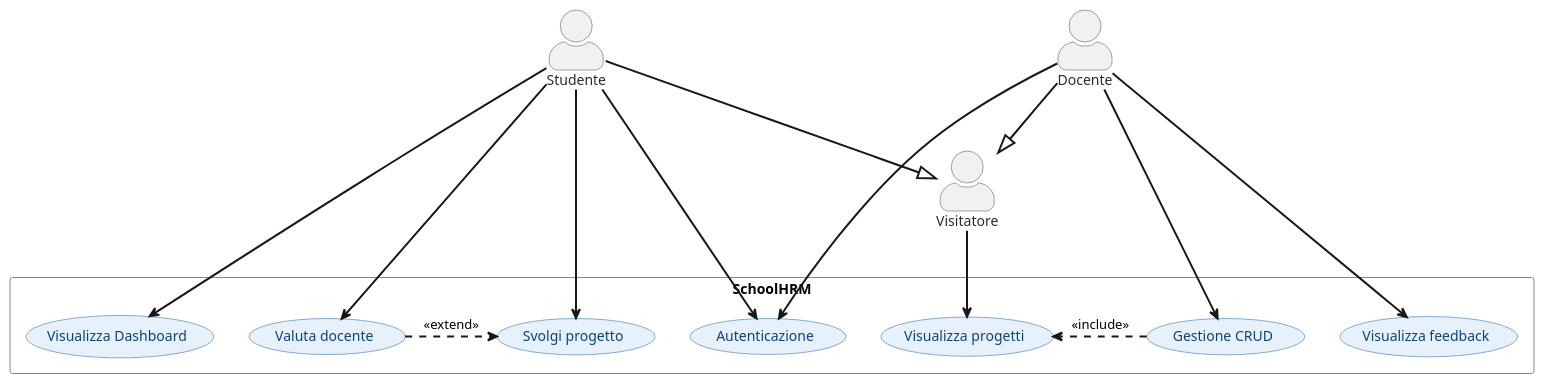
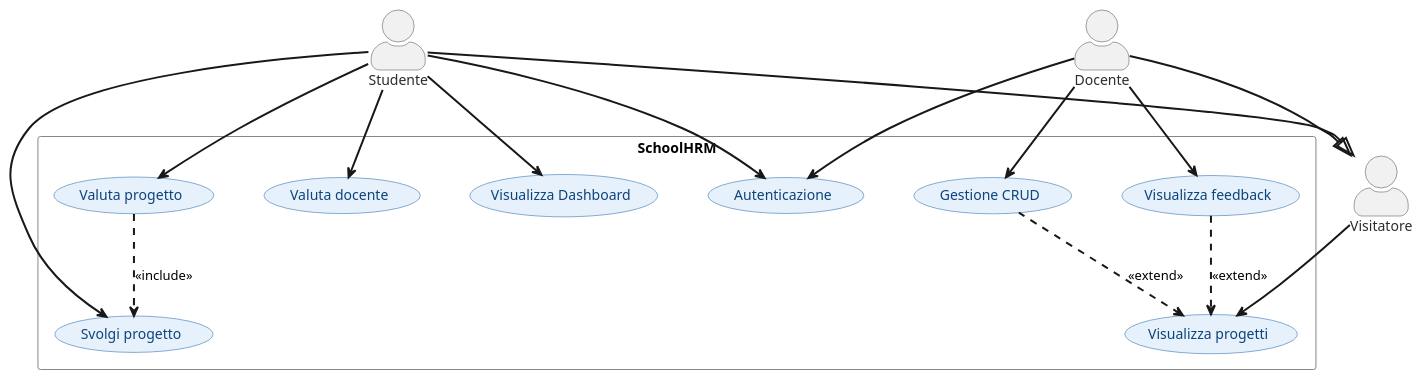
Before and after one commit to KamilIbragimov/Progetto_Di_Fine_Anno-2026: the diagram in usecase.puml, drawn with PlantUML. The commit also changed 20 other files, not shown here.

```diff
--- a/usecase.puml
+++ b/usecase.puml
@@ -1,48 +1,53 @@
 @startuml usecase
 
 skinparam actorStyle awesome
 skinparam packageStyle rectangle
 skinparam usecaseBorderColor #185FA5
 skinparam usecaseBackgroundColor #E6F1FB
 skinparam usecaseFontColor #0C447C
 skinparam actorBorderColor #444441
 skinparam actorFontColor #2C2C2A
 skinparam packageBorderColor #888780
 skinparam packageFontColor #444441
 skinparam ArrowThickness 1
-
-
 skinparam usecaseArrowThickness 2
+skinparam nodesep 50
+skinparam ranksep 60
 
 actor "Visitatore" as Visitatore
 actor "Studente"   as Studente
 actor "Docente"    as Docente
 
 Studente --|> Visitatore
 Docente  --|> Visitatore
 
 package "SchoolHRM" {
   usecase "Visualizza progetti"    as UC03
   usecase "Autenticazione"         as UC_auth
+
+  usecase "Svolgi progetto"        as UC05
+  usecase "Valuta progetto"        as UC09
+  usecase "Valuta docente"         as UC06
+  usecase "Visualizza Dashboard"   as UC08
+
   usecase "Gestione CRUD"          as UC04
   usecase "Visualizza feedback"    as UC07
-  usecase "Svolgi progetto"        as UC05
-  usecase "Valuta docente"         as UC06
-  usecase "Visualizza Dashboard"   as UC08
 }
 
 Visitatore --> UC03
 
 Studente   --> UC_auth
 Studente   --> UC05
 Studente   --> UC06
+Studente   --> UC09
 Studente   --> UC08
 
 Docente    --> UC_auth
 Docente    --> UC04
 Docente    --> UC07
 
-UC04 .> UC03 : <<include>>
-UC06 .> UC05 : <<extend>>
+UC04 ..> UC03 : <<extend>>
+UC07 ..> UC03 : <<extend>>
+UC09 ..> UC05 : <<include>>
 
 @enduml
```
